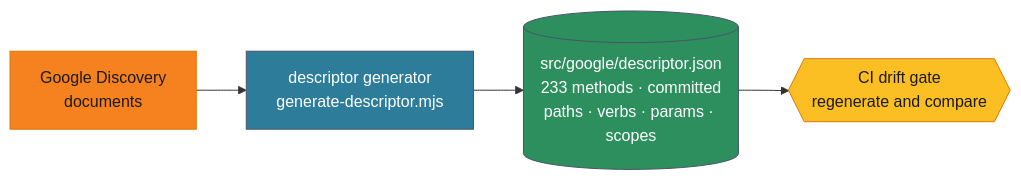
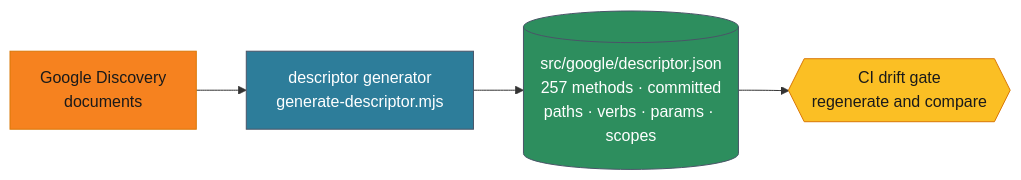
The first of 2 diagrams in docs/how-it-works.md (aaronsb/google-workspace-mcp), drawn with Mermaid before and after one commit. The commit also changed 4 other files, not shown here.

````diff
--- a/docs/how-it-works.md
+++ b/docs/how-it-works.md
@@ -12,15 +12,15 @@
 ```mermaid
 flowchart LR
     disco["Google Discovery<br>documents"] --> gen["descriptor generator<br>generate-descriptor.mjs"]
-    gen --> desc[("src/google/descriptor.json<br>233 methods · committed<br>paths · verbs · params · scopes")]
+    gen --> desc[("src/google/descriptor.json<br>257 methods · committed<br>paths · verbs · params · scopes")]
     desc --> gate{{"CI drift gate<br>regenerate and compare"}}
 
     classDef external fill:#f6821f,color:#1a1a1a,stroke:#d97706
     classDef process  fill:#2d7d9a,color:#ffffff,stroke:#4a5568
     classDef artifact fill:#2d8e5e,color:#ffffff,stroke:#4a5568
     classDef guard    fill:#fbbf24,color:#1a1a1a,stroke:#d97706
     class disco external
     class gen process
     class desc artifact
     class gate guard
 ```
````
